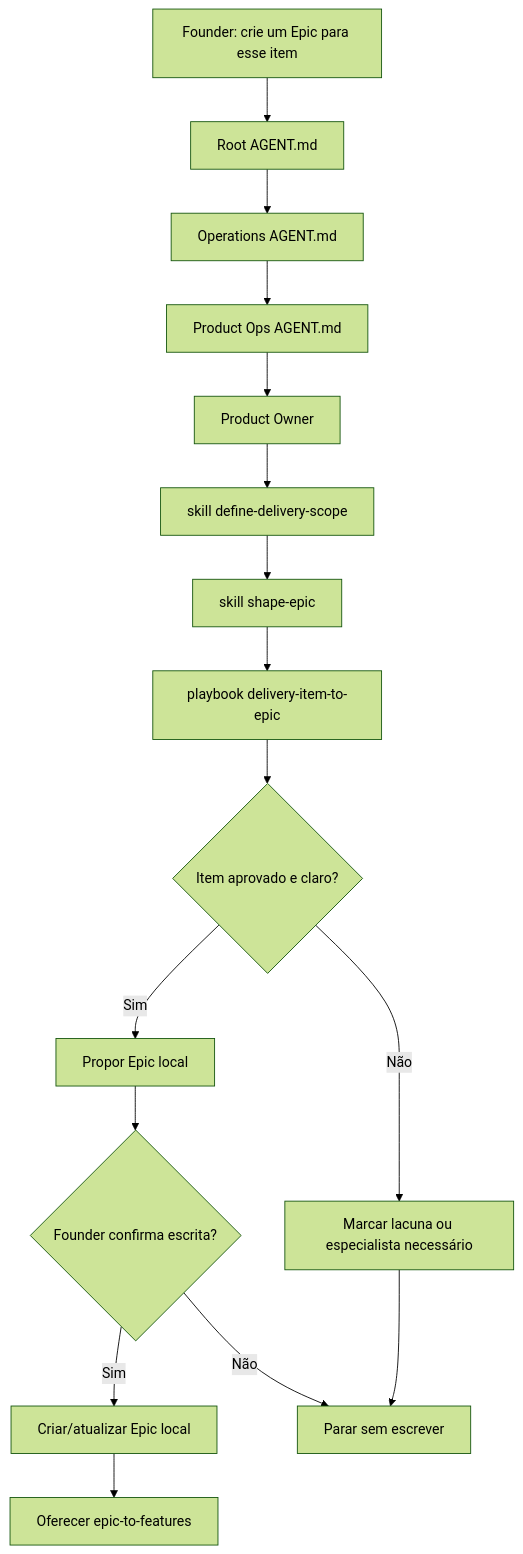
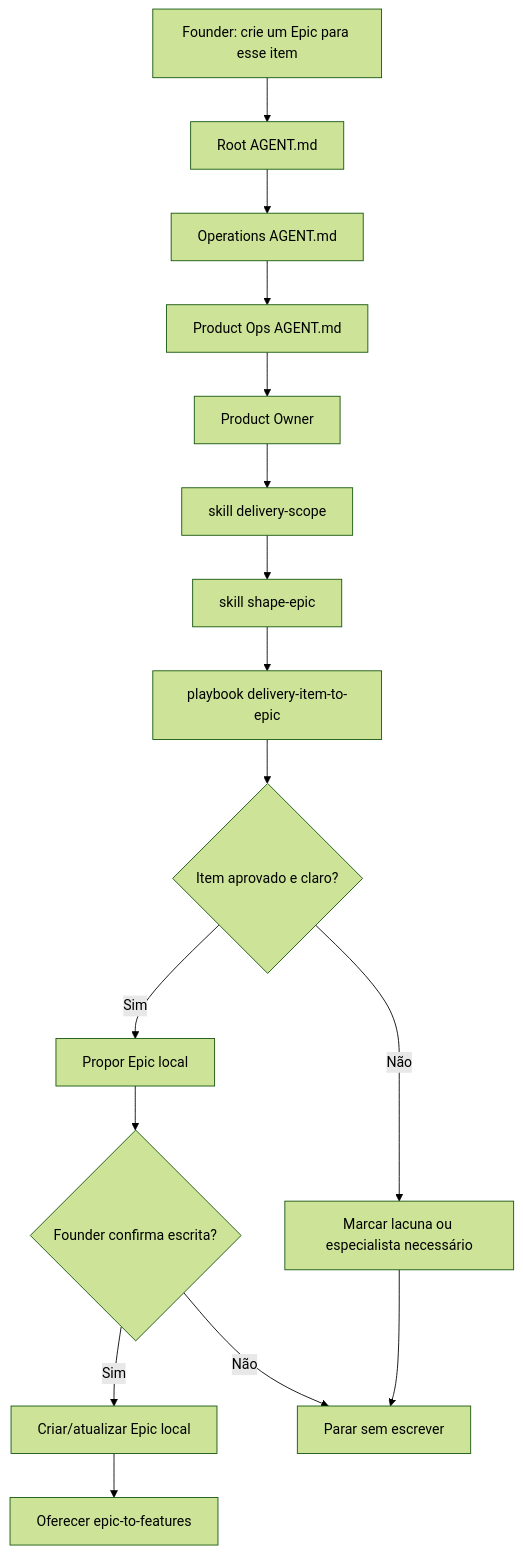
Before and after one commit to desousajhonny/leanOS: the diagram in docs/framework/founder-journeys/delivery-item-to-epic.md, drawn with Mermaid (forest theme). The commit also changed other lines of this file and 89 other files, not shown here.

````diff
--- a/docs/framework/founder-journeys/delivery-item-to-epic.md
+++ b/docs/framework/founder-journeys/delivery-item-to-epic.md
@@ -14,24 +14,24 @@
 ```mermaid
 flowchart TD
   A["Founder: crie um Epic para esse item"]
   B["Root AGENT.md"]
   C["Operations AGENT.md"]
   D["Product Ops AGENT.md"]
   E["Product Owner"]
-  F["skill define-delivery-scope"]
+  F["skill delivery-scope"]
   G["skill shape-epic"]
   H["playbook delivery-item-to-epic"]
   I{"Item aprovado e claro?"}
   J["Marcar lacuna ou especialista necessário"]
   K["Propor Epic local"]
   L{"Founder confirma escrita?"}
   M["Criar/atualizar Epic local"]
   N["Oferecer epic-to-features"]
   O["Parar sem escrever"]
 
   A --> B --> C --> D --> E --> F --> G --> H --> I
   I -->|Não| J --> O
   I -->|Sim| K --> L
   L -->|Sim| M --> N
   L -->|Não| O
 ```
````
